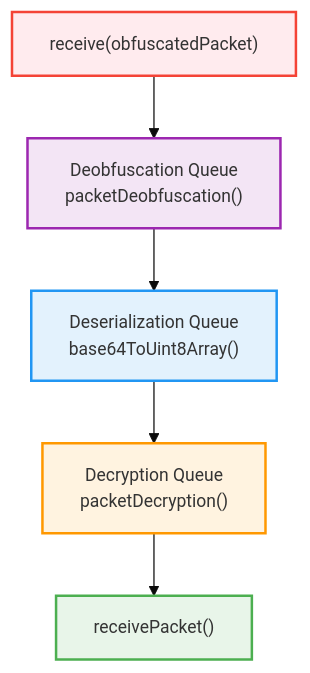
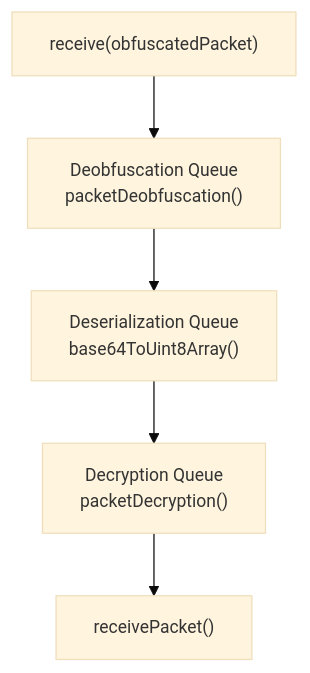
The sixth of 7 diagrams in libs/network-protocol/ARCHITECTURE.md (AndrewRedican/hyperfrontend), drawn with Mermaid before and after one commit. The commit also changed other lines of this file and 2 other files, not shown here.

````diff
--- a/libs/network-protocol/ARCHITECTURE.md
+++ b/libs/network-protocol/ARCHITECTURE.md
@@ -506,25 +494,19 @@
 ```mermaid
 ---
 config:
   theme: base
   themeVariables:
     fontSize: 14px
 ---
 flowchart TB
     A["receive(obfuscatedPacket)"]
     B["Deobfuscation Queue<br/>packetDeobfuscation()"]
     C["Deserialization Queue<br/>base64ToUint8Array()"]
     D["Decryption Queue<br/>packetDecryption()"]
     E["receivePacket()"]
 
     A --> B
     B --> C
     C --> D
     D --> E
-
-    style A fill:#ffebee,stroke:#f44336,stroke-width:2px
-    style B fill:#f3e5f5,stroke:#9c27b0,stroke-width:2px
-    style C fill:#e3f2fd,stroke:#2196f3,stroke-width:2px
-    style D fill:#fff3e0,stroke:#ff9800,stroke-width:2px
-    style E fill:#e8f5e9,stroke:#4caf50,stroke-width:2px
 ```
````
